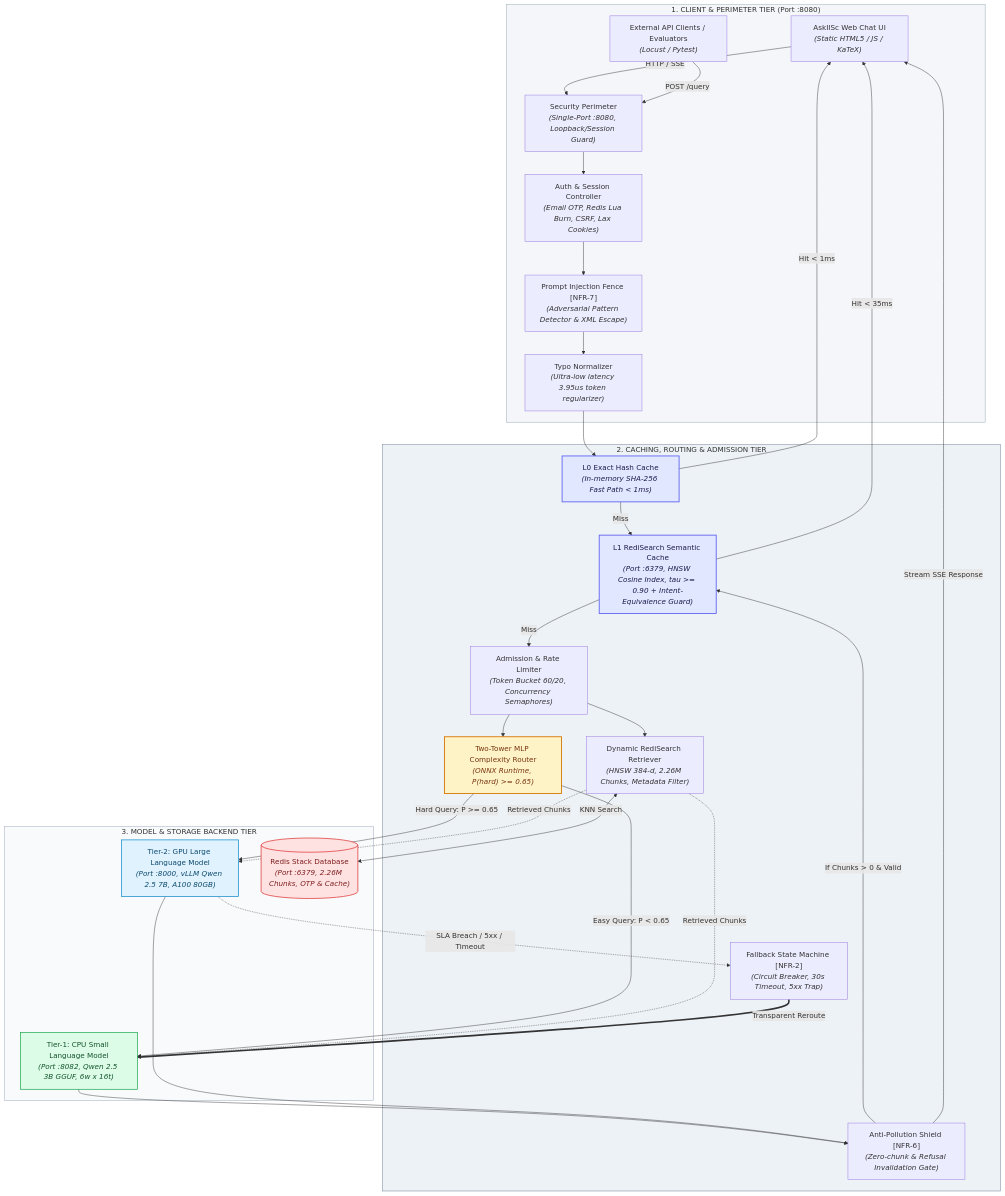
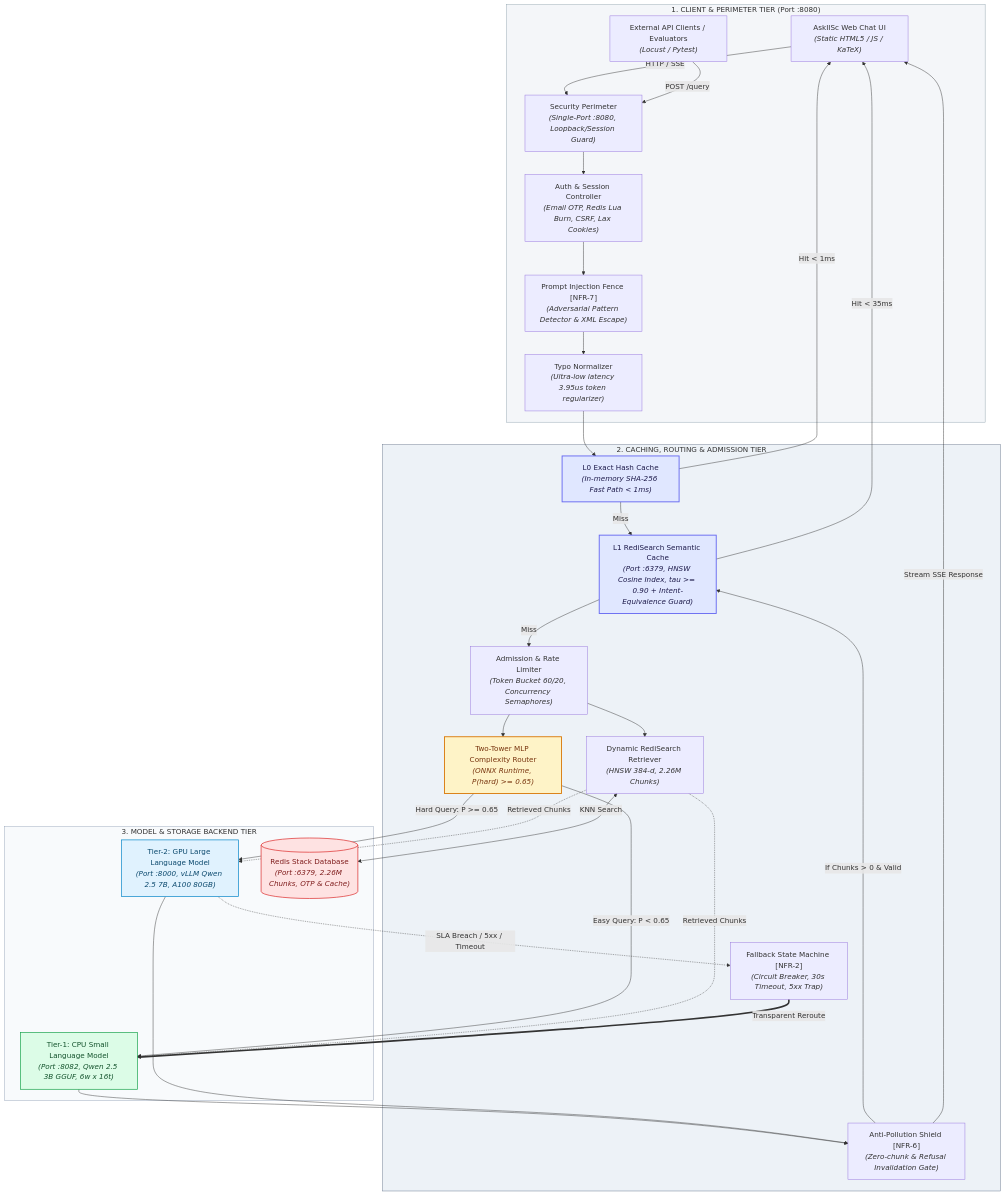
The diagram in product_requirements_document.md (rutujmanware/Onprem-RAG-gateway), drawn with Mermaid before and after one commit. The commit also changed other lines of this file, not shown here.

Commit message:
Known limitations mentioned

````diff
--- a/product_requirements_document.md
+++ b/product_requirements_document.md
@@ -107,74 +108,74 @@
 ```mermaid
 graph TD
     subgraph CLIENT_TIER ["1. CLIENT & PERIMETER TIER (Port :8080)"]
         BrowserUI["AskIISc Web Chat UI<br/><i>(Static HTML5 / JS / KaTeX)</i>"]
         ApiClient["External API Clients / Evaluators<br/><i>(Locust / Pytest)</i>"]
         PerimeterGate["Security Perimeter<br/><i>(Single-Port :8080, Loopback/Session Guard)</i>"]
         AuthModule["Auth & Session Controller<br/><i>(Email OTP, Redis Lua Burn, CSRF, Lax Cookies)</i>"]
         Sanitizer["Prompt Injection Fence [NFR-7]<br/><i>(Adversarial Pattern Detector & XML Escape)</i>"]
         Normalizer["Typo Normalizer<br/><i>(Ultra-low latency 3.95us token regularizer)</i>"]
     end
 
     subgraph GATEWAY_TIER ["2. CACHING, ROUTING & ADMISSION TIER"]
         L0Cache["L0 Exact Hash Cache<br/><i>(In-memory SHA-256 Fast Path &lt; 1ms)</i>"]
         L1Cache["L1 RediSearch Semantic Cache<br/><i>(Port :6379, HNSW Cosine Index, tau &gt;= 0.90 + Intent-Equivalence Guard)</i>"]
         AntiPollution["Anti-Pollution Shield [NFR-6]<br/><i>(Zero-chunk & Refusal Invalidation Gate)</i>"]
         AdmissionCtrl["Admission & Rate Limiter<br/><i>(Token Bucket 60/20, Concurrency Semaphores)</i>"]
         MLPRouter["Two-Tower MLP Complexity Router<br/><i>(ONNX Runtime, P(hard) &gt;= 0.65)</i>"]
-        Retriever["Dynamic RediSearch Retriever<br/><i>(HNSW 384-d, 2.26M Chunks, Metadata Filter)</i>"]
+        Retriever["Dynamic RediSearch Retriever<br/><i>(HNSW 384-d, 2.26M Chunks)</i>"]
         FallbackSM["Fallback State Machine [NFR-2]<br/><i>(Circuit Breaker, 30s Timeout, 5xx Trap)</i>"]
     end
 
     subgraph BACKEND_TIER ["3. MODEL & STORAGE BACKEND TIER"]
         CPUSLM["Tier-1: CPU Small Language Model<br/><i>(Port :8082, Qwen 2.5 3B GGUF, 6w x 16t)</i>"]
         GPULLM["Tier-2: GPU Large Language Model<br/><i>(Port :8000, vLLM Qwen 2.5 7B, A100 80GB)</i>"]
         RedisDB[("Redis Stack Database<br/><i>(Port :6379, 2.26M Chunks, OTP & Cache)</i>")]
     end
 
     %% Client flows
     BrowserUI -->|HTTP / SSE| PerimeterGate
     ApiClient -->|POST /query| PerimeterGate
     PerimeterGate --> AuthModule
     AuthModule --> Sanitizer
     Sanitizer --> Normalizer
 
     %% Normalizer to Cache
     Normalizer --> L0Cache
     L0Cache -->|Hit &lt; 1ms| BrowserUI
     L0Cache -->|Miss| L1Cache
     L1Cache -->|Hit &lt; 35ms| BrowserUI
 
     %% Miss path to Admission and Router
     L1Cache -->|Miss| AdmissionCtrl
     AdmissionCtrl --> MLPRouter
     AdmissionCtrl --> Retriever
     Retriever <-->|KNN Search| RedisDB
 
     %% Router to Models
     MLPRouter -->|Easy Query: P &lt; 0.65| CPUSLM
     MLPRouter -->|Hard Query: P &gt;= 0.65| GPULLM
     Retriever -.->|Retrieved Chunks| CPUSLM
     Retriever -.->|Retrieved Chunks| GPULLM
 
     %% Fallback flow
     GPULLM -.->|SLA Breach / 5xx / Timeout| FallbackSM
     FallbackSM ==>|Transparent Reroute| CPUSLM
 
     %% Model output caching
     CPUSLM --> AntiPollution
     GPULLM --> AntiPollution
     AntiPollution -->|If Chunks &gt; 0 & Valid| L1Cache
     AntiPollution -->|Stream SSE Response| BrowserUI
 
     %% Styling
     style CLIENT_TIER fill:#f4f6f9,stroke:#90a4ae,stroke-width:1px
     style GATEWAY_TIER fill:#edf2f7,stroke:#64748b,stroke-width:1px
     style BACKEND_TIER fill:#f8fafc,stroke:#94a3b8,stroke-width:1px
 
     style L0Cache fill:#e0e7ff,stroke:#6366f1,stroke-width:2px,color:#1e1b4b
     style L1Cache fill:#e0e7ff,stroke:#6366f1,stroke-width:2px,color:#1e1b4b
     style MLPRouter fill:#fef3c7,stroke:#d97706,stroke-width:2px,color:#78350f
     style CPUSLM fill:#dcfce7,stroke:#16a34a,stroke-width:1.5px,color:#14532d
     style GPULLM fill:#e0f2fe,stroke:#0284c7,stroke-width:1.5px,color:#0c4a6e
     style RedisDB fill:#fee2e2,stroke:#dc2626,stroke-width:1.5px,color:#7f1d1d
 ```
````
